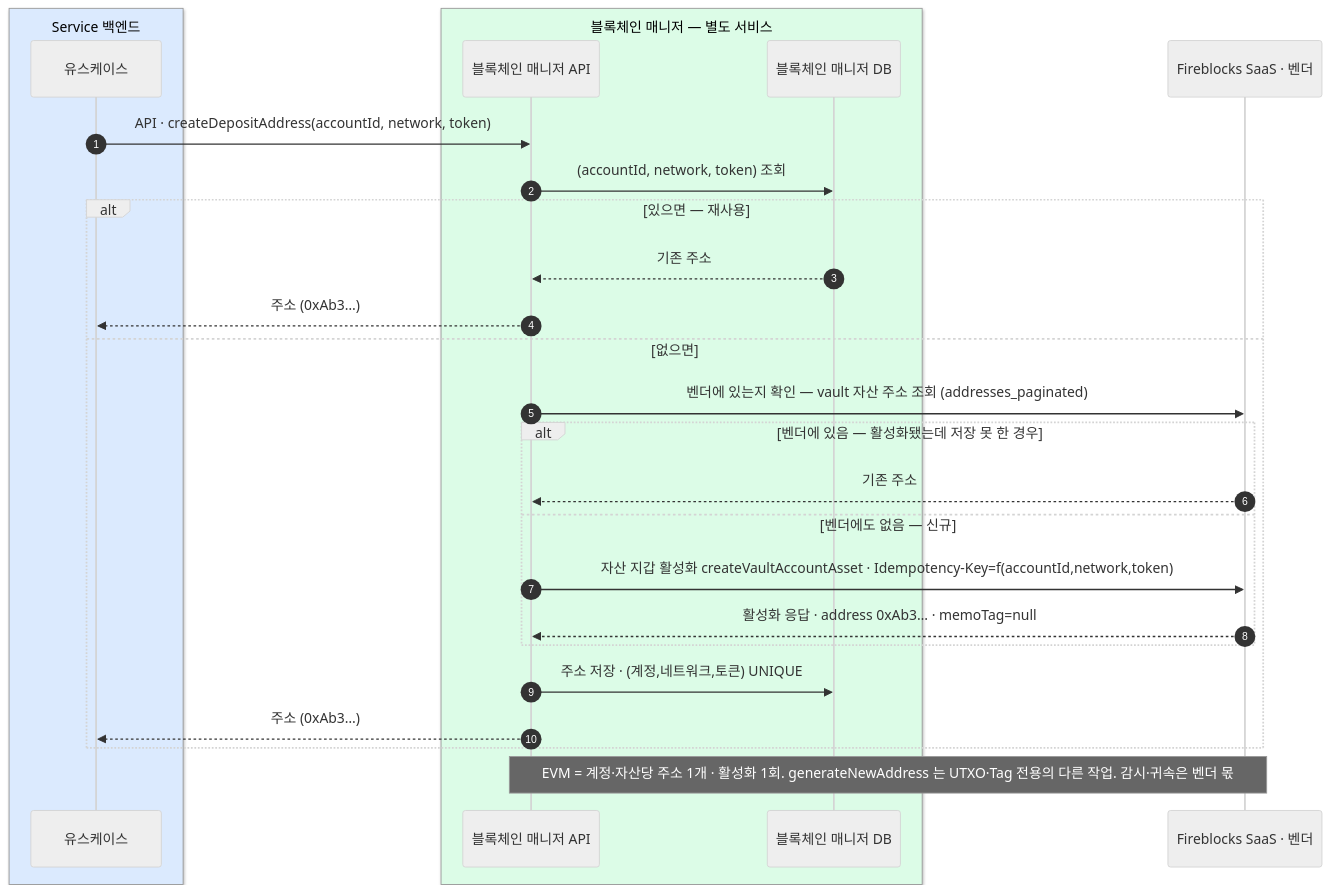
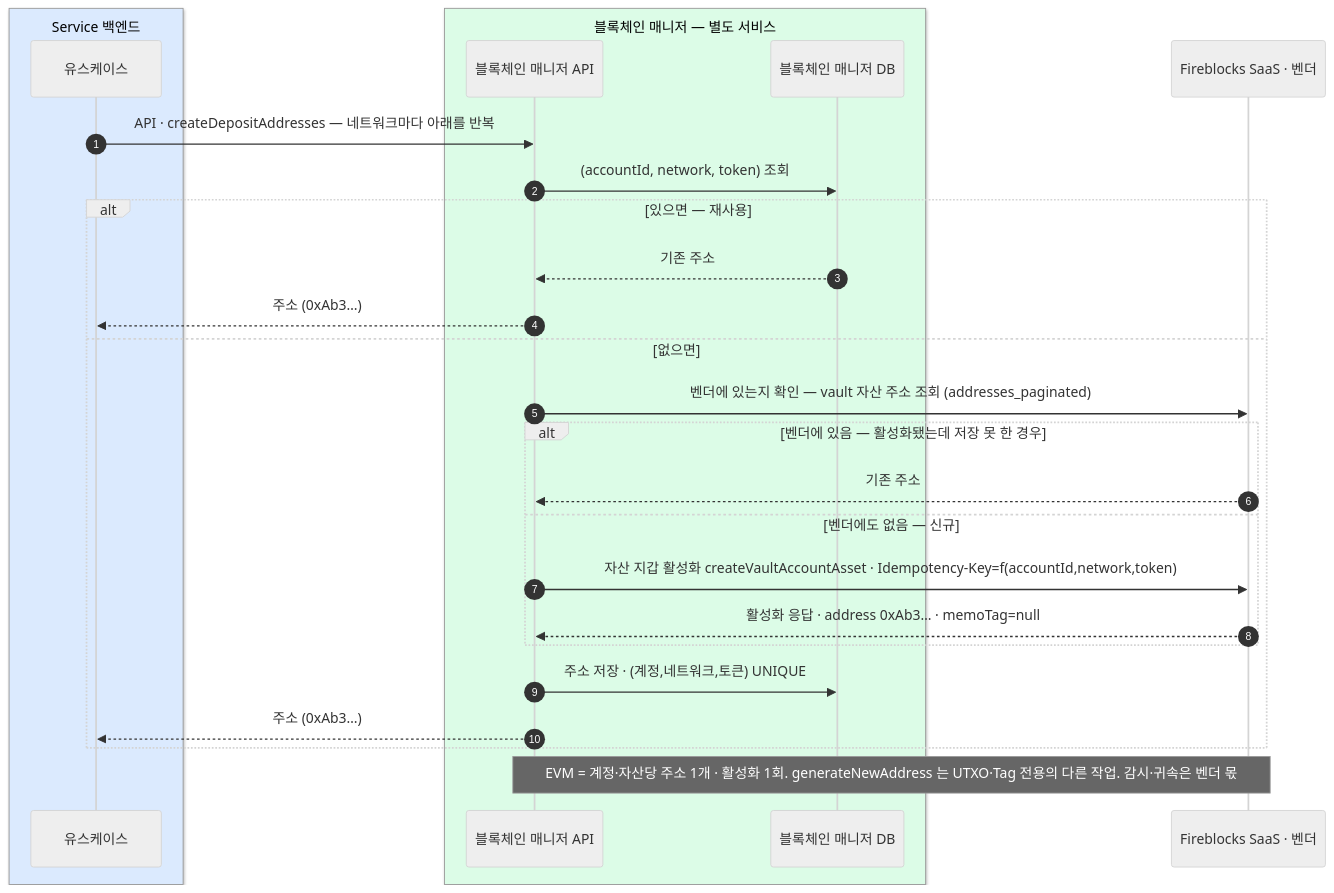
Before and after one commit to eunsujeo/eunpus: the diagram in blockchain-manager/docs/블록체인매니저/설계/02-issue-deposit-address.md, drawn with Mermaid (neutral theme). The commit also changed other lines of this file and 13 other files, not shown here.

````diff
--- a/blockchain-manager/docs/블록체인매니저/설계/02-issue-deposit-address.md
+++ b/blockchain-manager/docs/블록체인매니저/설계/02-issue-deposit-address.md
@@ -17,30 +17,30 @@
 ```mermaid
 sequenceDiagram
     autonumber
     box rgb(219,234,254) Service 백엔드
     participant BE as 유스케이스
     end
     box rgb(220,252,231) 블록체인 매니저 — 별도 서비스
     participant BM as 블록체인 매니저 API
     participant MDB as 블록체인 매니저 DB
     end
     participant FB as Fireblocks SaaS · 벤더
 
-    BE->>BM: API · createDepositAddress(accountId, network, token)
+    BE->>BM: API · createDepositAddresses — 네트워크마다 아래를 반복
     BM->>MDB: (accountId, network, token) 조회
     alt 있으면 — 재사용
         MDB-->>BM: 기존 주소
         BM-->>BE: 주소 (0xAb3…)
     else 없으면
         BM->>FB: 벤더에 있는지 확인 — vault 자산 주소 조회 (addresses_paginated)
         alt 벤더에 있음 — 활성화됐는데 저장 못 한 경우
             FB-->>BM: 기존 주소
         else 벤더에도 없음 — 신규
             BM->>FB: 자산 지갑 활성화 createVaultAccountAsset · Idempotency-Key=f(accountId,network,token)
             FB-->>BM: 활성화 응답 · address 0xAb3… · memoTag=null
         end
         BM->>MDB: 주소 저장 · (계정,네트워크,토큰) UNIQUE
         BM-->>BE: 주소 (0xAb3…)
     end
     Note over BM,FB: EVM = 계정·자산당 주소 1개 · 활성화 1회. generateNewAddress 는 UTXO·Tag 전용의 다른 작업. 감시·귀속은 벤더 몫
 ```
````
